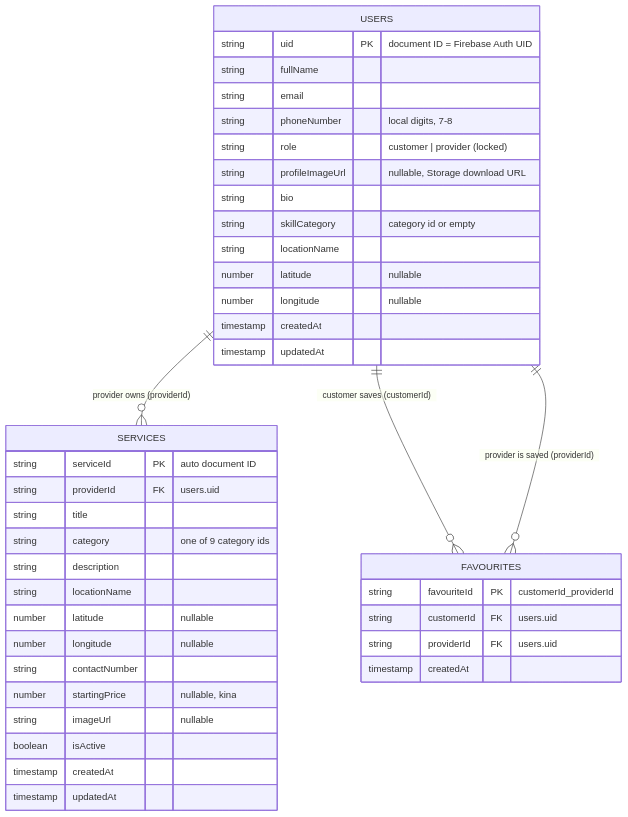
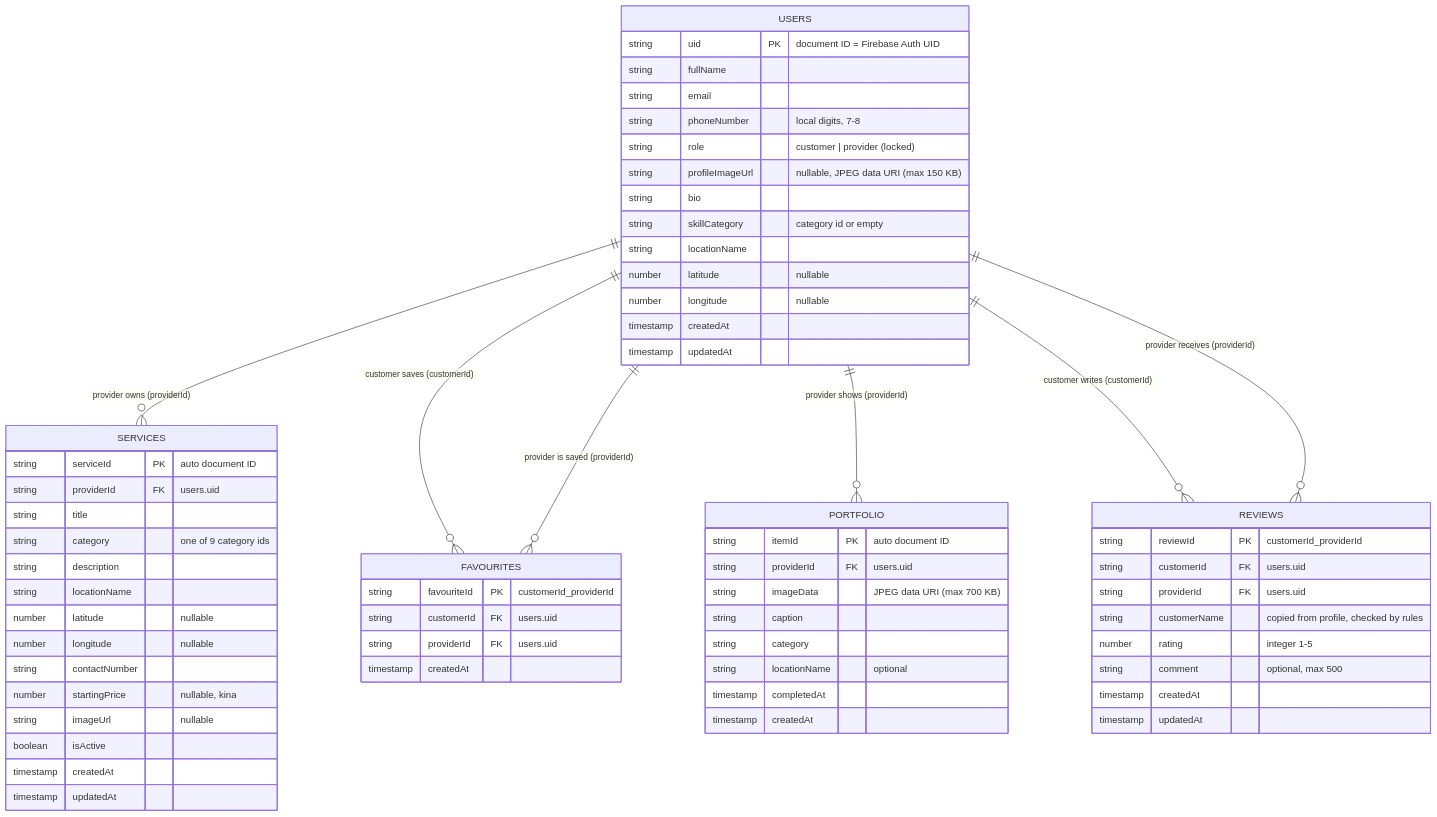
One commit to mosespole/wantok-skills changed the first of 2 diagrams in docs/technical-report.md. Above: the diagram before and after it, drawn with Mermaid. The commit also changed other lines of this file and 6 other files, not shown here.

First line of the commit message:
feat: search providers by name, skill or location

````diff
--- a/docs/technical-report.md
+++ b/docs/technical-report.md
@@ -62,46 +62,71 @@
 ```mermaid
 erDiagram
     USERS ||--o{ SERVICES : "provider owns (providerId)"
     USERS ||--o{ FAVOURITES : "customer saves (customerId)"
     USERS ||--o{ FAVOURITES : "provider is saved (providerId)"
+    USERS ||--o{ PORTFOLIO : "provider shows (providerId)"
+    USERS ||--o{ REVIEWS : "customer writes (customerId)"
+    USERS ||--o{ REVIEWS : "provider receives (providerId)"
 
     USERS {
         string uid PK "document ID = Firebase Auth UID"
         string fullName
         string email
         string phoneNumber "local digits, 7-8"
         string role "customer | provider (locked)"
-        string profileImageUrl "nullable, Storage download URL"
+        string profileImageUrl "nullable, JPEG data URI (max 150 KB)"
         string bio
         string skillCategory "category id or empty"
         string locationName
         number latitude "nullable"
         number longitude "nullable"
         timestamp createdAt
         timestamp updatedAt
     }
 
     SERVICES {
         string serviceId PK "auto document ID"
         string providerId FK "users.uid"
         string title
         string category "one of 9 category ids"
         string description
         string locationName
         number latitude "nullable"
         number longitude "nullable"
         string contactNumber
         number startingPrice "nullable, kina"
         string imageUrl "nullable"
         boolean isActive
         timestamp createdAt
         timestamp updatedAt
     }
 
+    PORTFOLIO {
+        string itemId PK "auto document ID"
+        string providerId FK "users.uid"
+        string imageData "JPEG data URI (max 700 KB)"
+        string caption
+        string category
+        string locationName "optional"
+        timestamp completedAt
+        timestamp createdAt
+    }
+
+    REVIEWS {
+        string reviewId PK "customerId_providerId"
+        string customerId FK "users.uid"
+        string providerId FK "users.uid"
+        string customerName "copied from profile, checked by rules"
+        number rating "integer 1-5"
+        string comment "optional, max 500"
+        timestamp createdAt
+        timestamp updatedAt
+    }
+
     FAVOURITES {
         string favouriteId PK "customerId_providerId"
         string customerId FK "users.uid"
         string providerId FK "users.uid"
         timestamp createdAt
     }
 ```
````
